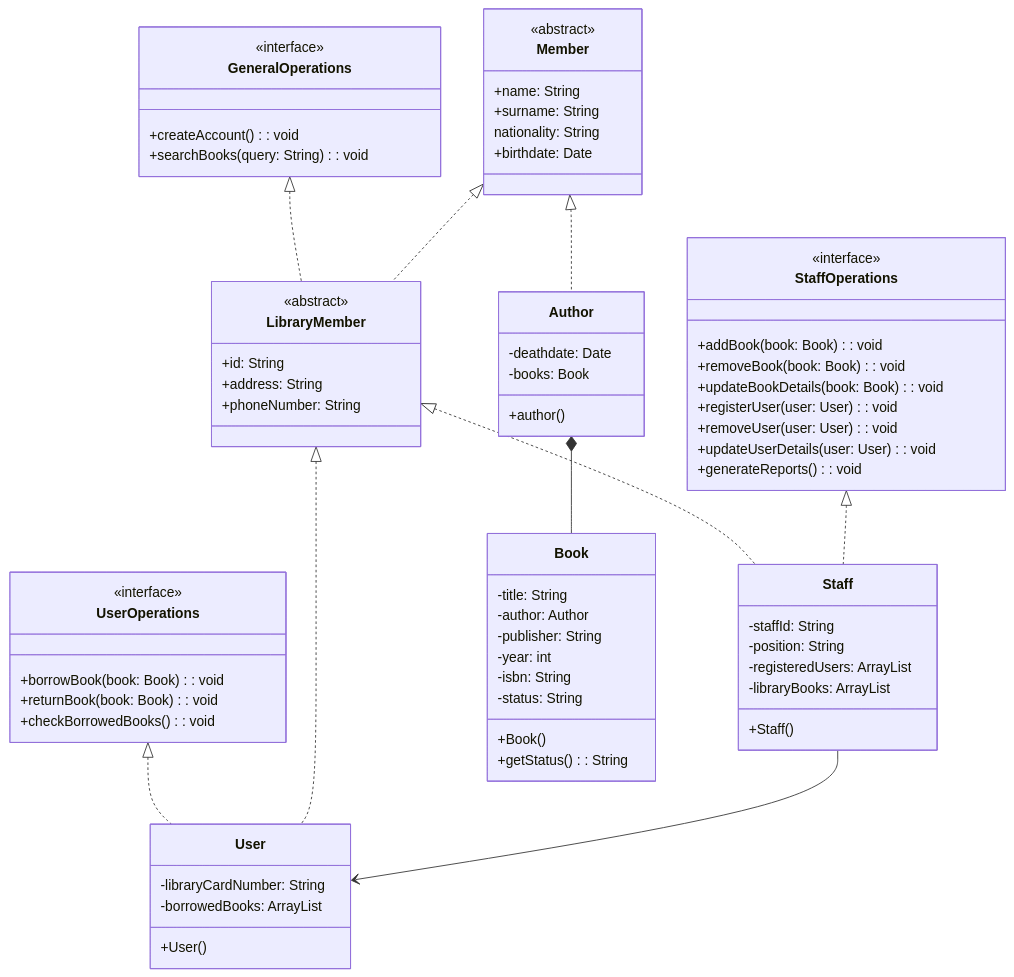
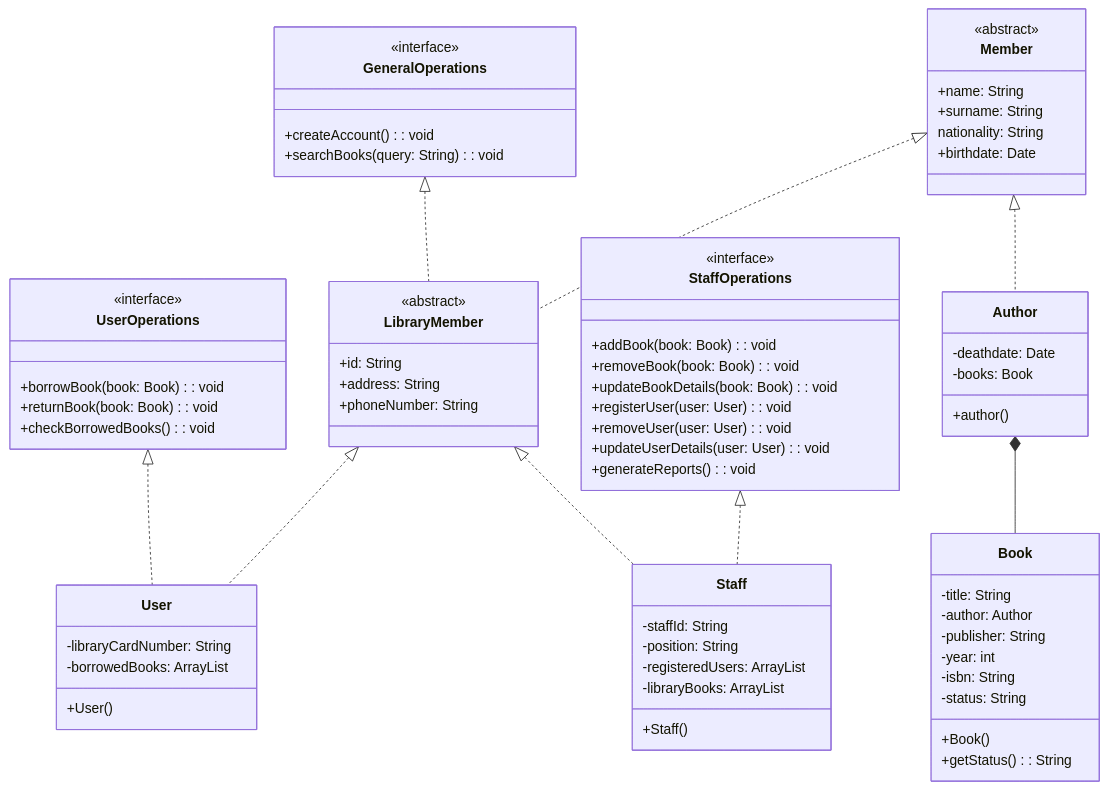
The diagram in javase/selab3-3.qmd (ProtossGP32/wiki-1), drawn with Mermaid before and after one commit. The commit also changed 2 other files, not shown here.

Commit message:
#7 #srprintbacklog

````diff
--- a/javase/selab3-3.qmd
+++ b/javase/selab3-3.qmd
@@ -215,20 +215,13 @@
     +getStatus(): String
   }
   
- Author *-- Book
-UserOperations <|..  User 
+  Author *-- Book
+  UserOperations <|..  User 
   GeneralOperations <|..  LibraryMember  
   LibraryMember <|.. User
   LibraryMember <|.. Staff
   Member <|.. Author
-   
   Member <|.. LibraryMember
-
   StaffOperations  <|.. Staff
-  Staff --> User
-
-
-  
-
 
 ```
````
